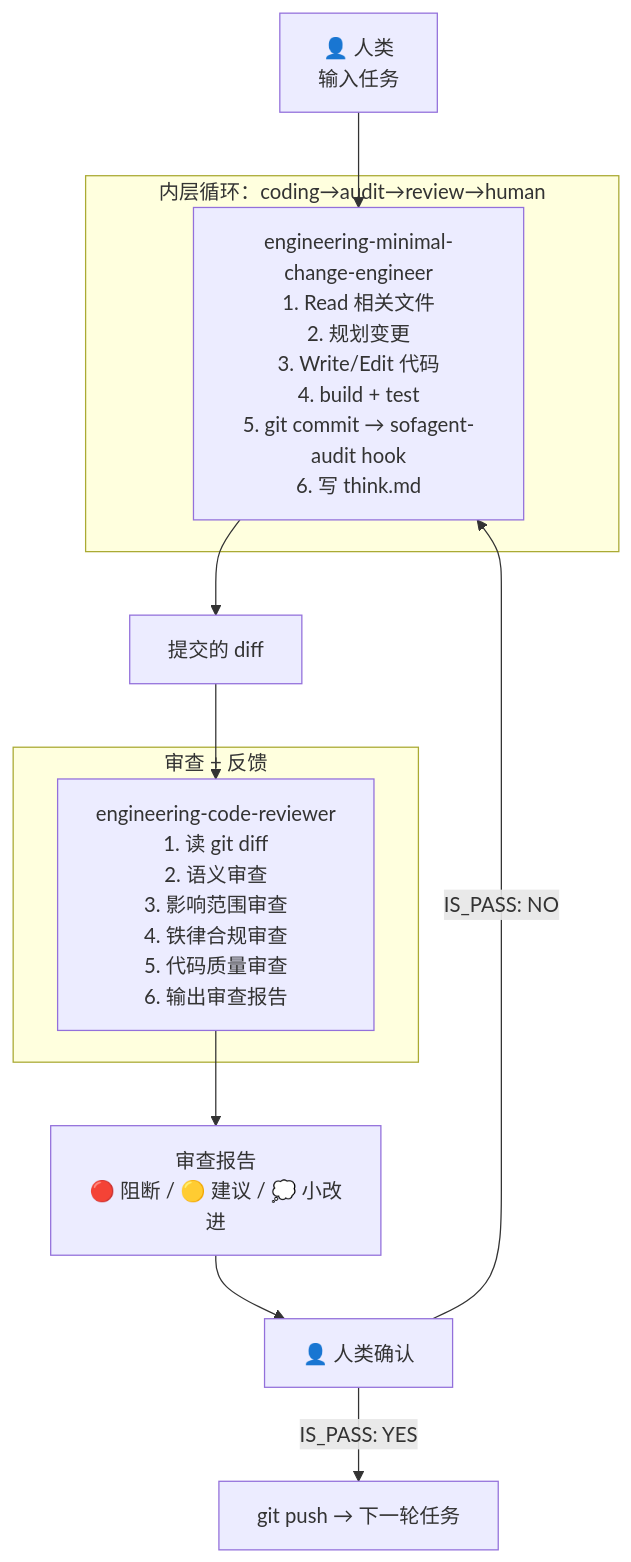
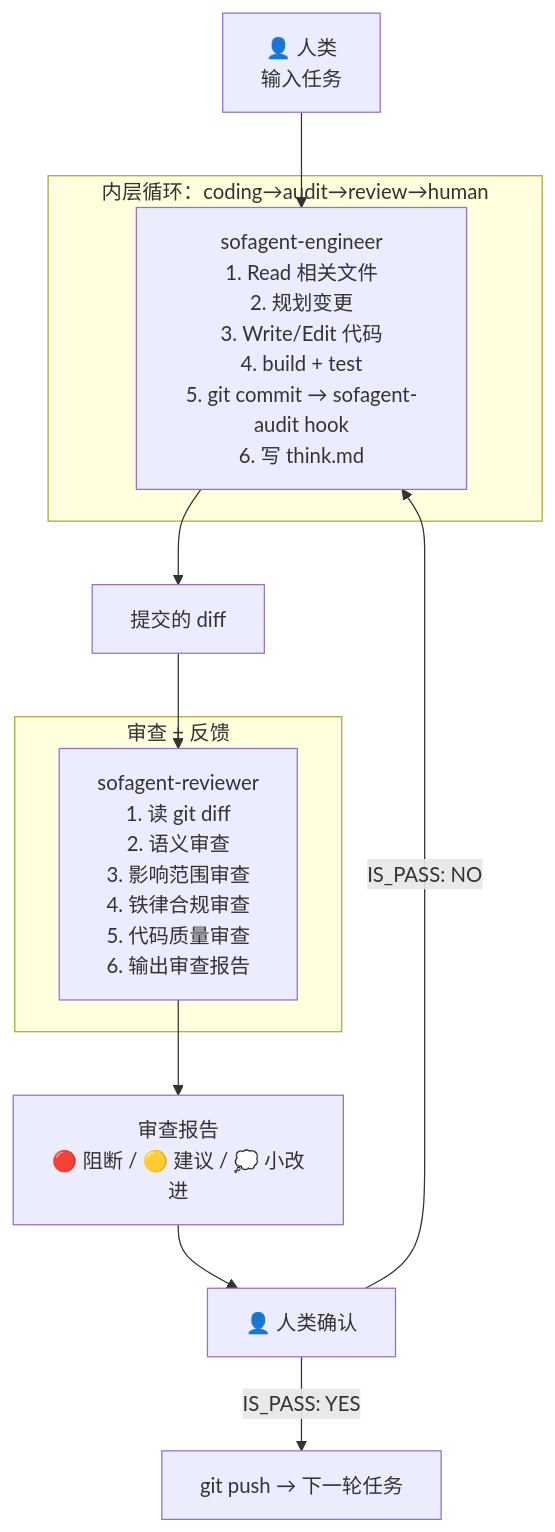
One commit to KongFangXun/sofagent changed the first of 3 diagrams in LOOP/LOOP.md. Above: the diagram before and after it, drawn with Mermaid. The commit also changed other lines of this file and 1 other file, not shown here.

````diff
--- a/LOOP/LOOP.md
+++ b/LOOP/LOOP.md
@@ -33,16 +33,16 @@
 ```mermaid
 flowchart TB
     Human["👤 人类<br/>输入任务"] --> Engineer
     subgraph Inner["内层循环：coding→audit→review→human"]
-        Engineer["engineering-minimal-change-engineer<br/>1. Read 相关文件<br/>2. 规划变更<br/>3. Write/Edit 代码<br/>4. build + test<br/>5. git commit → sofagent-audit hook<br/>6. 写 think.md"]
+        Engineer["sofagent-engineer<br/>1. Read 相关文件<br/>2. 规划变更<br/>3. Write/Edit 代码<br/>4. build + test<br/>5. git commit → sofagent-audit hook<br/>6. 写 think.md"]
     end
     Engineer --> Diff["提交的 diff"]
     Diff --> Reviewer
     subgraph Outer["审查 + 反馈"]
-        Reviewer["engineering-code-reviewer<br/>1. 读 git diff<br/>2. 语义审查<br/>3. 影响范围审查<br/>4. 铁律合规审查<br/>5. 代码质量审查<br/>6. 输出审查报告"]
+        Reviewer["sofagent-reviewer<br/>1. 读 git diff<br/>2. 语义审查<br/>3. 影响范围审查<br/>4. 铁律合规审查<br/>5. 代码质量审查<br/>6. 输出审查报告"]
     end
     Reviewer --> Report["审查报告<br/>🔴 阻断 / 🟡 建议 / 💭 小改进"]
     Report --> HumanConfirm["👤 人类确认"]
     HumanConfirm -->|IS_PASS: YES| Push["git push → 下一轮任务"]
     HumanConfirm -->|IS_PASS: NO| Engineer
 ```
````
